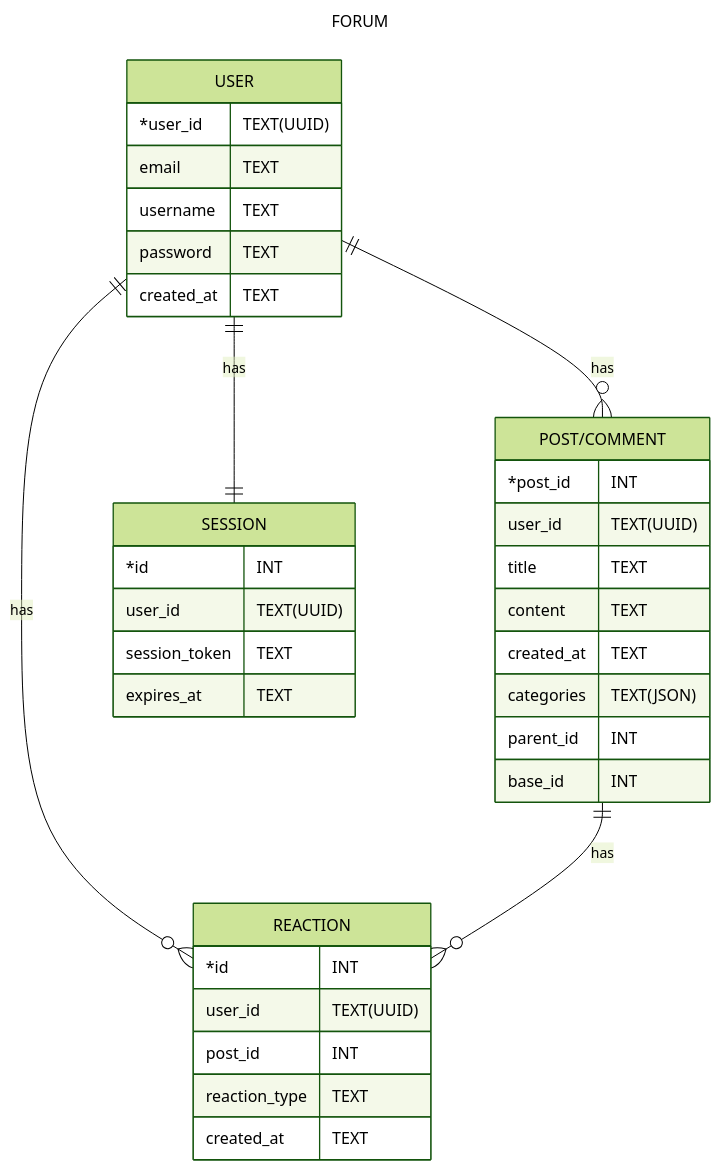
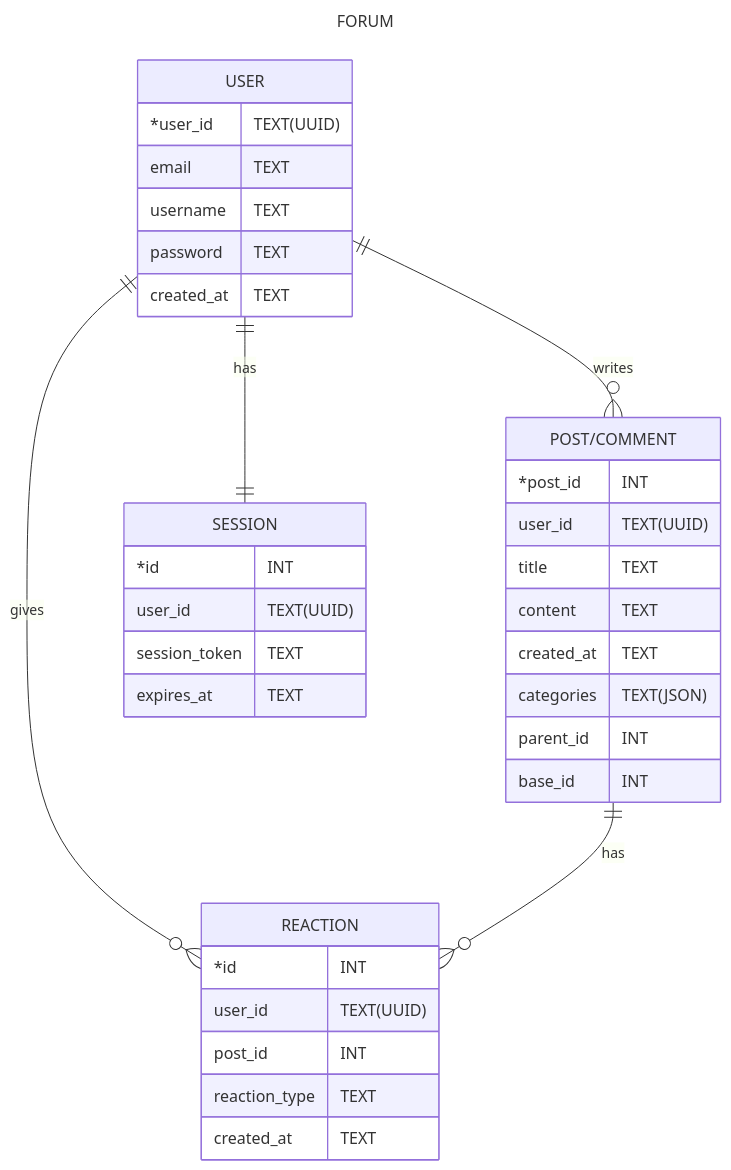
The diagram in README.md (olegamobile/forum), drawn with Mermaid before and after one commit.

Commit message:
fixed ERD formatting

````diff
--- a/README.md
+++ b/README.md
@@ -31,44 +31,42 @@
 ```mermaid
 ---
-config:
-  theme: forest
 title: FORUM
 ---
 
 erDiagram
    USER {
         *user_id TEXT(UUID)
         email TEXT
         username TEXT
         password TEXT
         created_at TEXT
     }
     P["POST/COMMENT"] {
         *post_id INT
         user_id TEXT(UUID)
         title TEXT
         content TEXT
         created_at TEXT
         categories TEXT(JSON)
         parent_id INT
         base_id INT
     }
     R[REACTION] {
         *id INT
         user_id TEXT(UUID)
         post_id INT
         reaction_type TEXT
         created_at TEXT
     }
     S[SESSION] {
         *id INT
         user_id TEXT(UUID)
         session_token TEXT
         expires_at TEXT
     }
 
     USER ||--|| S : has
-    USER ||--o{ P : has
-    USER ||--o{ R : has
+    USER ||--o{ P : writes
+    USER ||--o{ R : gives
     P ||--o{ R : has
 ```
````
